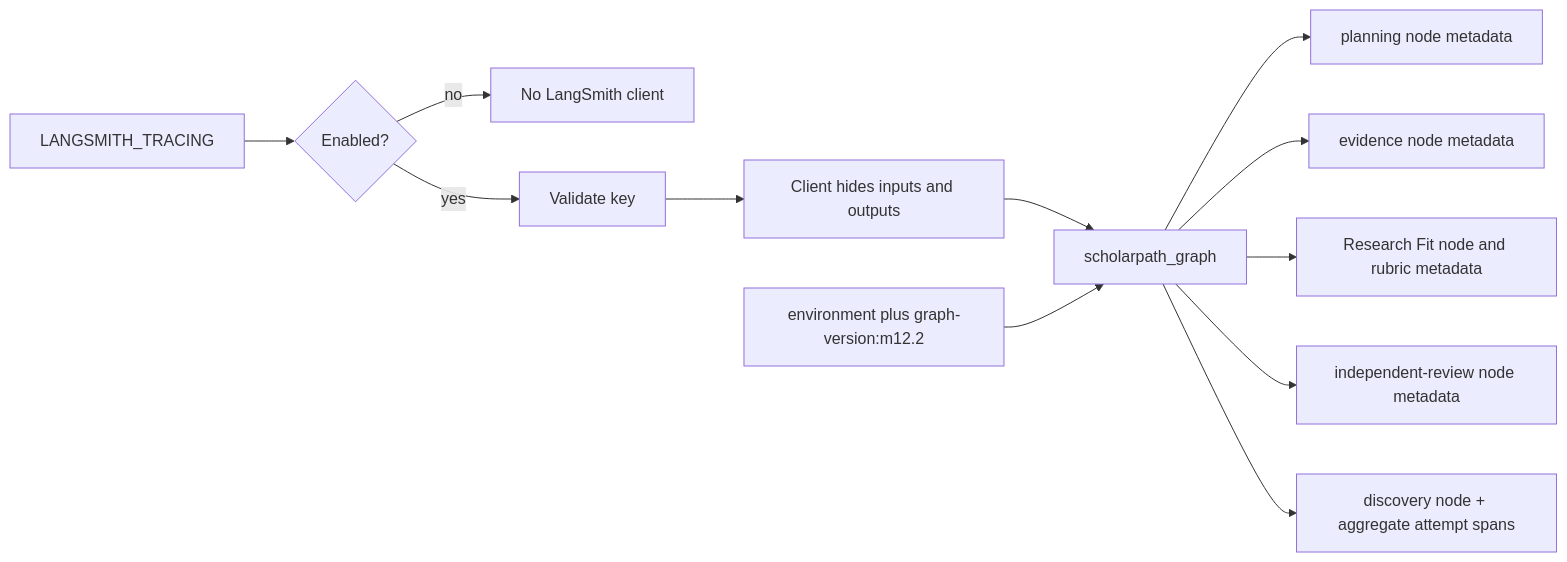
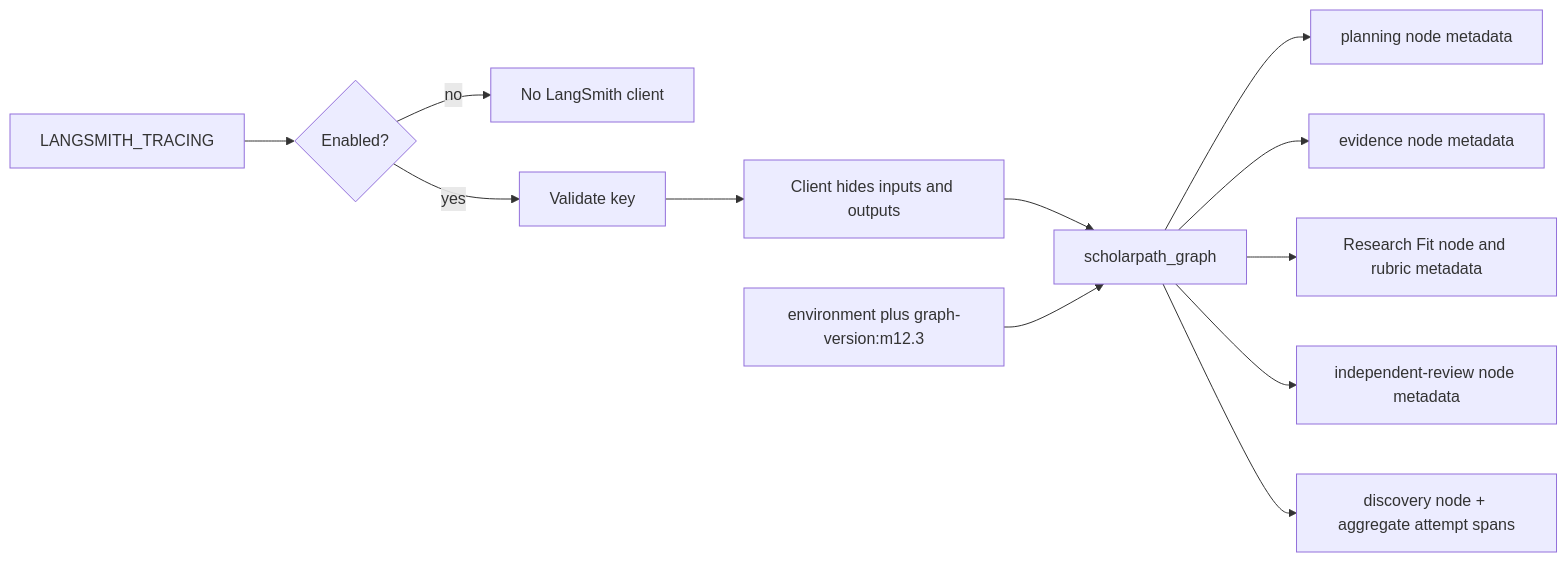
One commit to shanly-rajan/ai-builder changed diagram 21 of 24 in projects/scholar-path/docs/architecture.md. Above: the diagram before and after it, drawn with Mermaid. The commit also changed other lines of this file and 38 other files, not shown here.

````diff
--- a/projects/scholar-path/docs/architecture.md
+++ b/projects/scholar-path/docs/architecture.md
@@ -832,14 +837,14 @@
 ```mermaid
 flowchart LR
     Env[LANGSMITH_TRACING] --> Enabled{Enabled?}
     Enabled -->|no| Off[No LangSmith client]
     Enabled -->|yes| Key[Validate key]
     Key --> Client[Client hides inputs and outputs]
     Client --> Root[scholarpath_graph]
     Root --> PlanTrace[planning node metadata]
     Root --> EvidenceTrace[evidence node metadata]
     Root --> FitTrace[Research Fit node and rubric metadata]
     Root --> ReviewTrace[independent-review node metadata]
     Root --> Discovery[discovery node + aggregate attempt spans]
-    Tags[environment plus graph-version:m12.2] --> Root
+    Tags[environment plus graph-version:m12.3] --> Root
 ```
````
